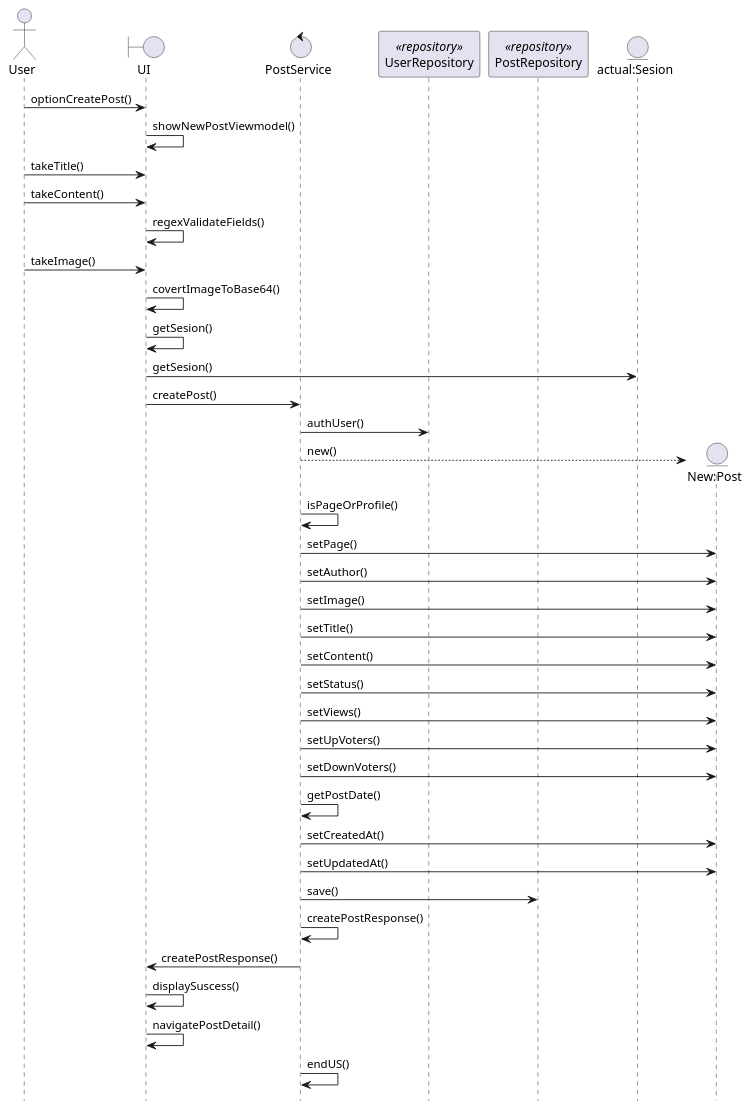
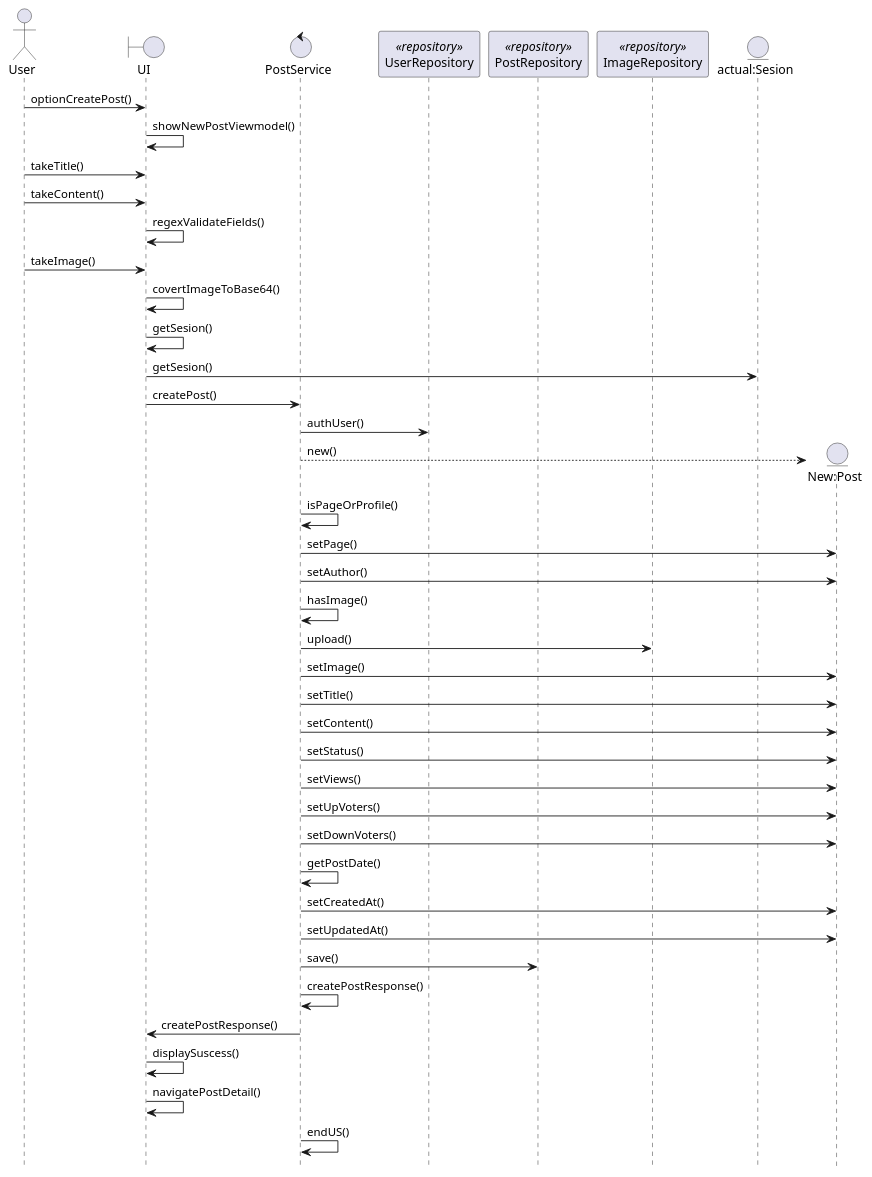
One commit to 2piradrian/seminario-docs changed the diagram in create-post-sequence.puml. Above: the diagram before and after it, drawn with PlantUML.

Commit message:
fix: add imageRepository

```diff
--- a/create-post-sequence.puml
+++ b/create-post-sequence.puml
@@ -1,44 +1,47 @@
 @startuml
 actor User
 boundary "UI" as UI
 control "PostService" as C
 participant "UserRepository" as UR <<repository>>
 participant "PostRepository" as PTR <<repository>>
+participant "ImageRepository" as IR <<repository>>
 entity "actual:Sesion" as S
 entity "New:Post" as P
 
 User -> UI : optionCreatePost()
 UI -> UI: showNewPostViewmodel()
 User -> UI: takeTitle()
 User -> UI: takeContent()
 UI -> UI: regexValidateFields()
 User -> UI: takeImage()
 UI -> UI: covertImageToBase64()
 UI -> UI: getSesion()
 UI -> S: getSesion()
 UI -> C: createPost()
 C -> UR: authUser() 
 create P
 C --> P : new()
 C -> C: isPageOrProfile()
 C -> P: setPage()
 C -> P: setAuthor()
+C -> C: hasImage()
+C -> IR: upload() 
 C -> P: setImage()
 C -> P: setTitle()
 C -> P: setContent()
 C -> P: setStatus()
 C -> P: setViews()
 C -> P: setUpVoters()
 C -> P: setDownVoters()
 C -> C : getPostDate()
 C -> P: setCreatedAt()
 C -> P: setUpdatedAt()
 C -> PTR: save()
 C -> C: createPostResponse()
 C -> UI: createPostResponse()
 UI -> UI: displaySuscess()
 UI -> UI: navigatePostDetail()
 C -> C : endUS()
 
 hide footbox
 @enduml
```
